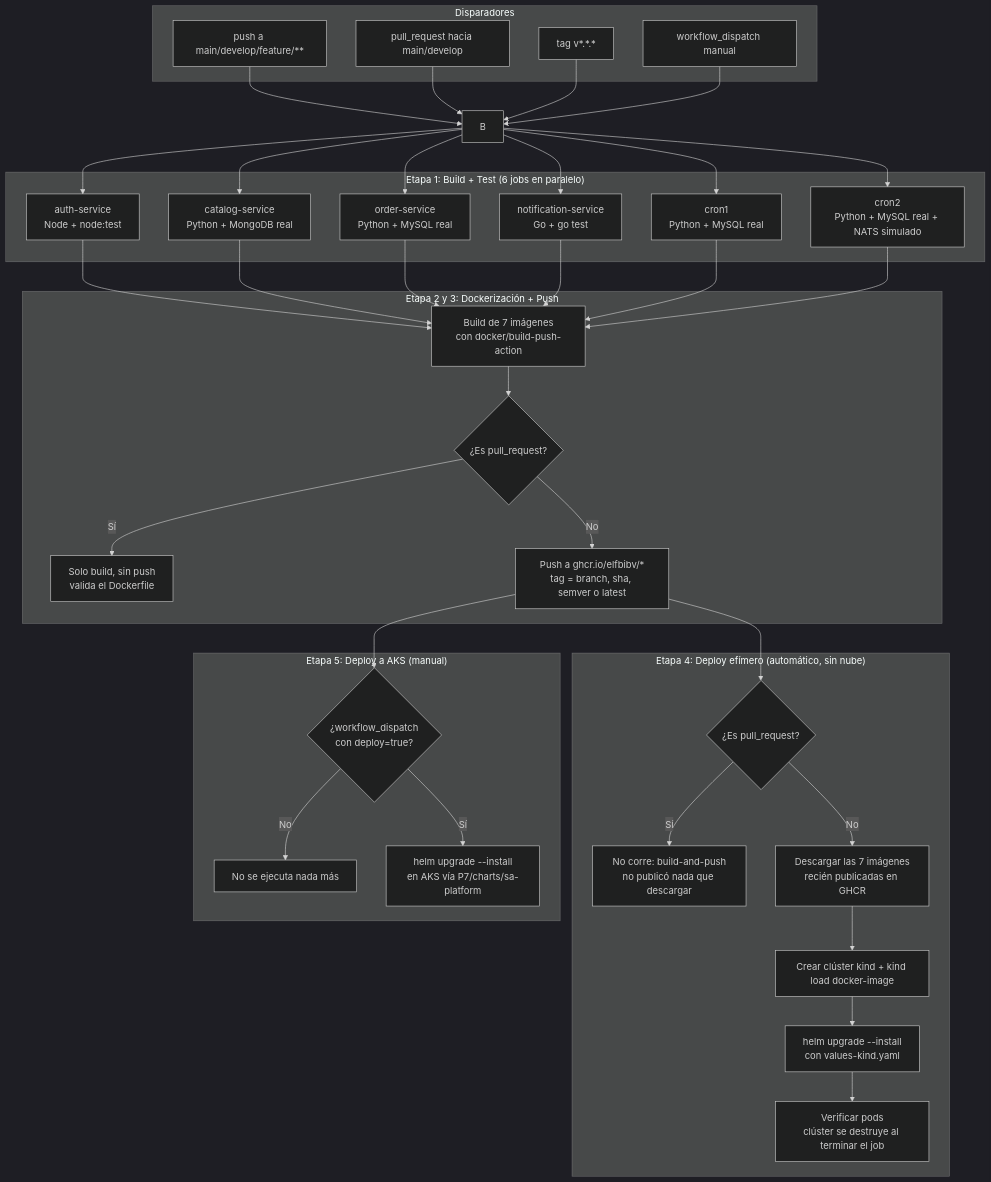
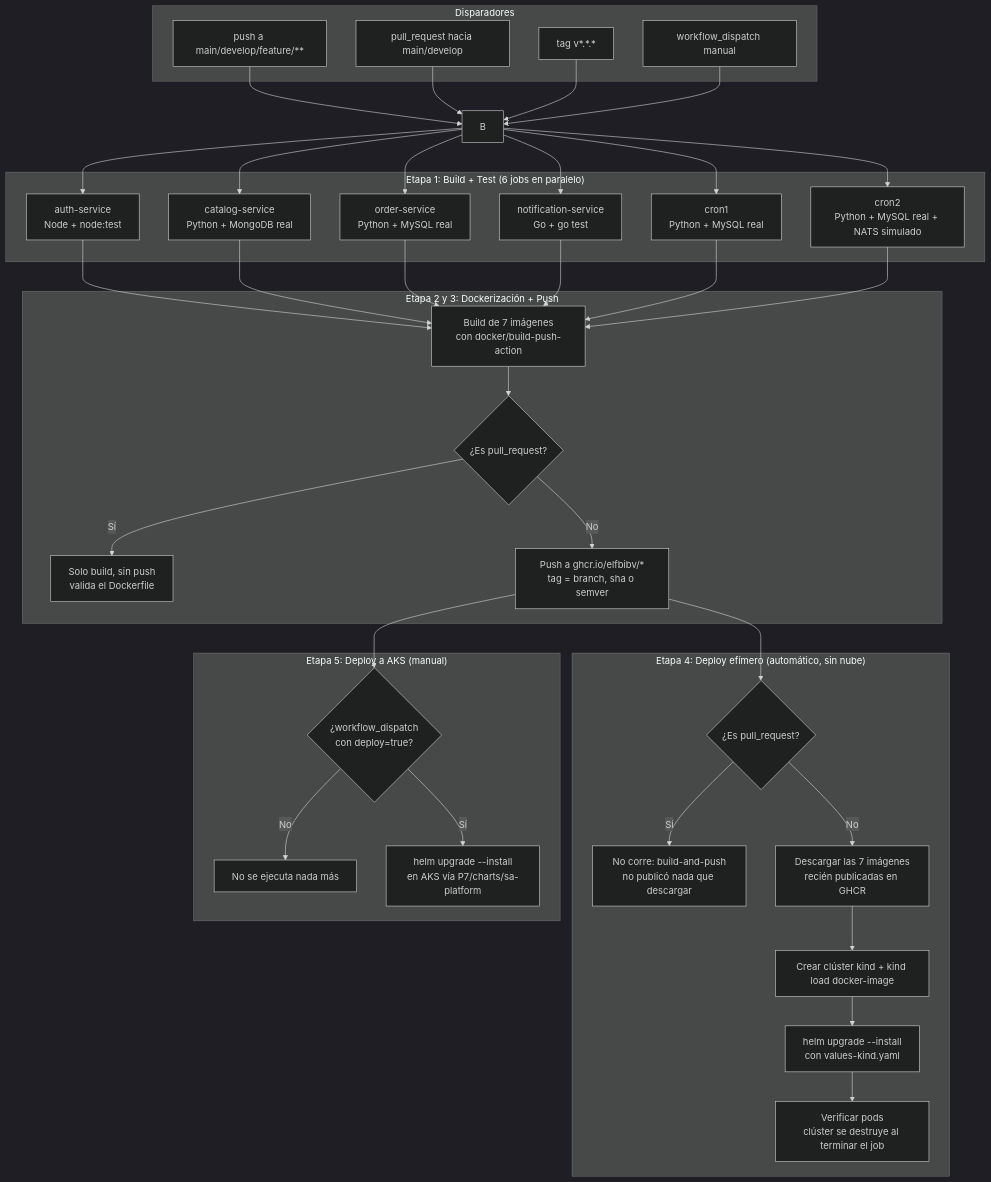
The first of 2 diagrams in P8/README.md (ELFBIBv/Practicas-SA-B-202203856), drawn with Mermaid (dark theme) before and after one commit. The commit also changed other lines of this file and 12 other files, not shown here.

````diff
--- a/P8/README.md
+++ b/P8/README.md
@@ -18,52 +18,52 @@
 ```mermaid
 flowchart TD
     subgraph Disparadores
         A1[push a main/develop/feature/**] 
         A2[pull_request hacia main/develop]
         A3[tag v*.*.*]
         A4[workflow_dispatch manual]
     end
 
     A1 --> B
     A2 --> B
     A3 --> B
     A4 --> B
 
     subgraph "Etapa 1: Build + Test (6 jobs en paralelo)"
         B1[auth-service\nNode + node:test]
         B2[catalog-service\nPython + MongoDB real]
         B3[order-service\nPython + MySQL real]
         B4[notification-service\nGo + go test]
         B5[cron1\nPython + MySQL real]
         B6[cron2\nPython + MySQL real + NATS simulado]
     end
     B --> B1 & B2 & B3 & B4 & B5 & B6
 
     B1 & B2 & B3 & B4 & B5 & B6 --> C
 
     subgraph "Etapa 2 y 3: Dockerización + Push"
         C[Build de 7 imágenes\ncon docker/build-push-action]
         C --> D{"¿Es pull_request?"}
         D -- Sí --> E[Solo build, sin push\nvalida el Dockerfile]
-        D -- No --> F[Push a ghcr.io/elfbibv/*\ntag = branch, sha, semver o latest]
+        D -- No --> F[Push a ghcr.io/elfbibv/*\ntag = branch, sha o semver]
     end
 
     F --> K
 
     subgraph "Etapa 4: Deploy efímero (automático, sin nube)"
         K{"¿Es pull_request?"}
         K -- Sí --> K0[No corre: build-and-push\nno publicó nada que descargar]
         K -- No --> K1[Descargar las 7 imágenes\nrecién publicadas en GHCR]
         K1 --> K2[Crear clúster kind + kind load docker-image]
         K2 --> K3[helm upgrade --install\ncon values-kind.yaml]
         K3 --> K4[Verificar pods\nclúster se destruye al terminar el job]
     end
 
     F --> G
 
     subgraph "Etapa 5: Deploy a AKS (manual)"
         G{"¿workflow_dispatch\ncon deploy=true?"}
         G -- No --> H[No se ejecuta nada más]
         G -- Sí --> I[helm upgrade --install\nen AKS vía P7/charts/sa-platform]
     end
 ```
````
